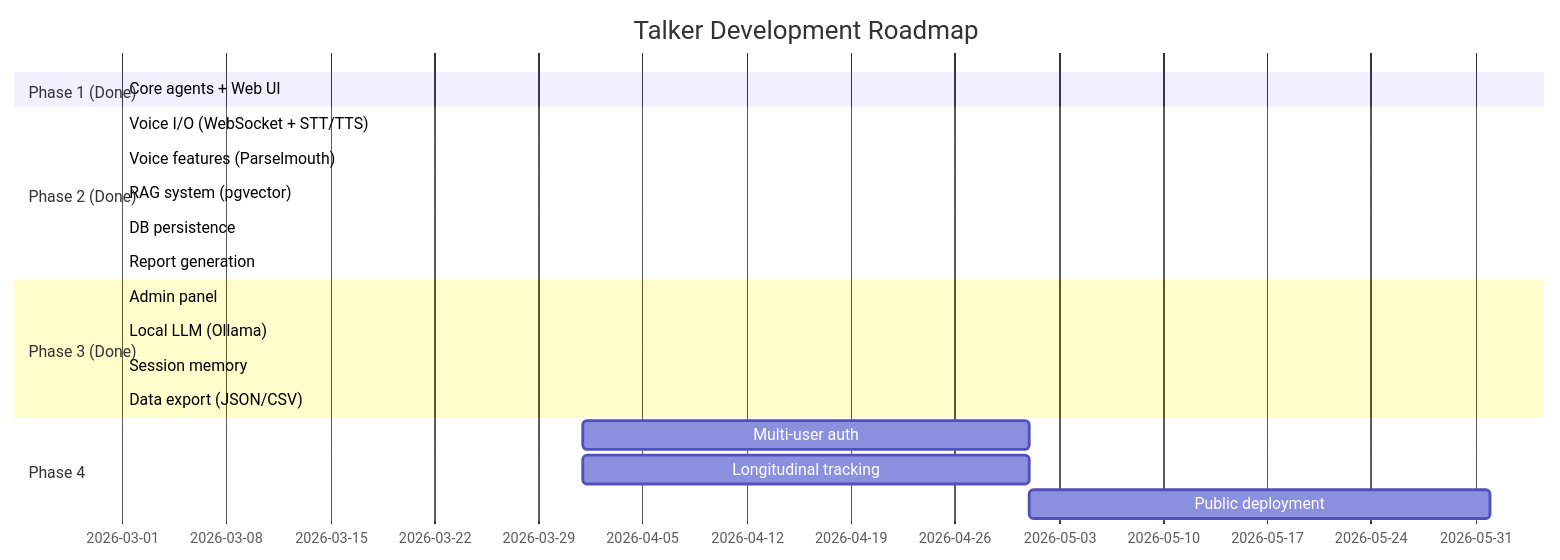
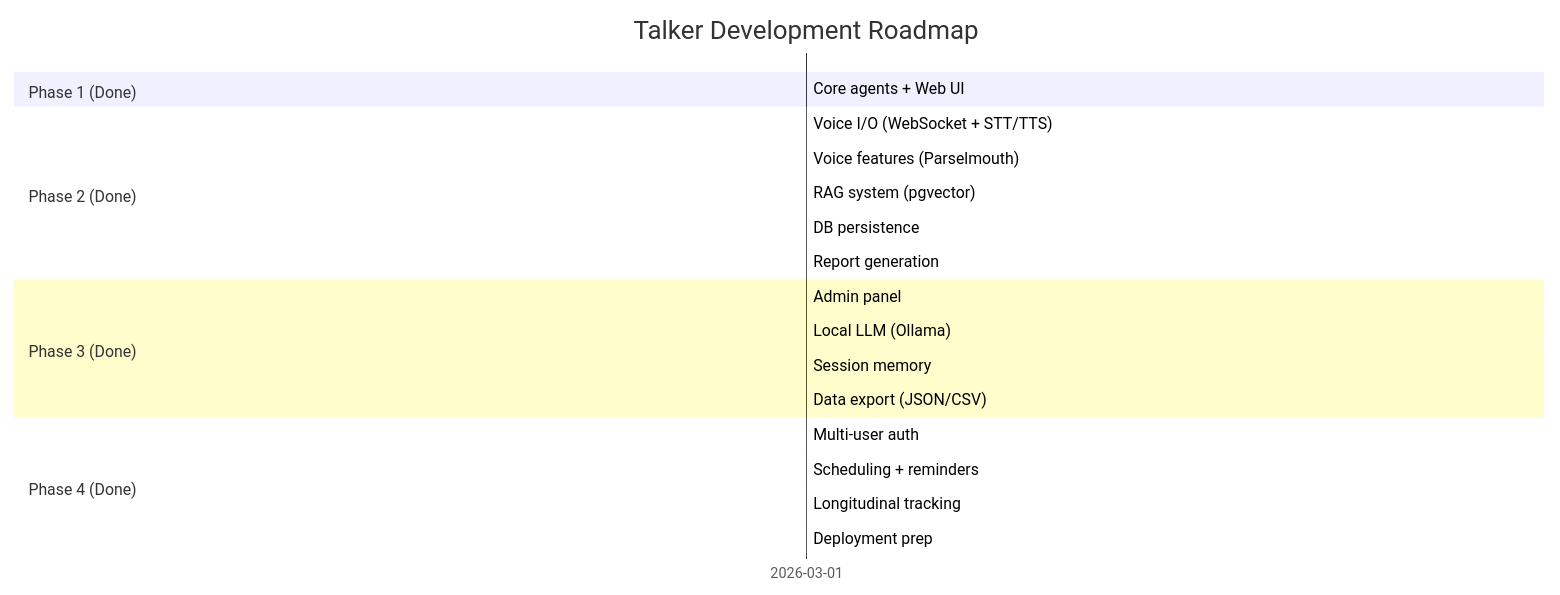
Before and after one commit to bodharma/talker: diagram 11 of 11 in docs/architecture.md, drawn with Mermaid. The commit also changed other lines of this file and 5 other files, not shown here.

Commit message:
chore: clean up for public release, update architecture docs

````diff
--- a/docs/architecture.md
+++ b/docs/architecture.md
@@ -506,22 +514,23 @@
 ```mermaid
 gantt
     title Talker Development Roadmap
     dateFormat YYYY-MM
     section Phase 1 (Done)
         Core agents + Web UI          :done, p1, 2026-03, 2026-03
     section Phase 2 (Done)
         Voice I/O (WebSocket + STT/TTS) :done, p2a, 2026-03, 2026-03
         Voice features (Parselmouth)  :done, p2f, 2026-03, 2026-03
         RAG system (pgvector)         :done, p2b, 2026-03, 2026-03
         DB persistence                :done, p2d, 2026-03, 2026-03
         Report generation             :done, p2e, 2026-03, 2026-03
     section Phase 3 (Done)
         Admin panel                   :done, p3a, 2026-03, 2026-03
         Local LLM (Ollama)            :done, p3b, 2026-03, 2026-03
         Session memory                :done, p3c, 2026-03, 2026-03
         Data export (JSON/CSV)        :done, p3d, 2026-03, 2026-03
-    section Phase 4
-        Multi-user auth               :p4a, 2026-04, 2026-05
-        Longitudinal tracking         :p4b, 2026-04, 2026-05
-        Public deployment             :p4c, 2026-05, 2026-06
+    section Phase 4 (Done)
+        Multi-user auth               :done, p4a, 2026-03, 2026-03
+        Scheduling + reminders        :done, p4b, 2026-03, 2026-03
+        Longitudinal tracking         :done, p4c, 2026-03, 2026-03
+        Deployment prep               :done, p4d, 2026-03, 2026-03
 ```
````
